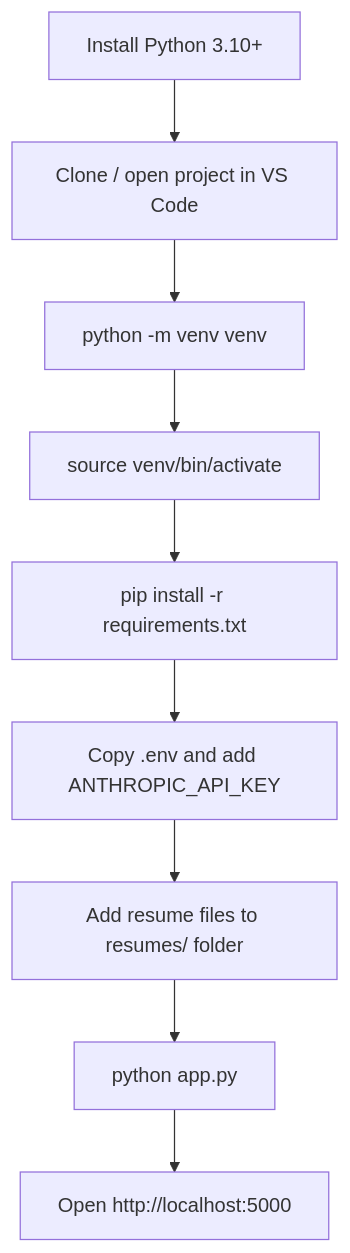
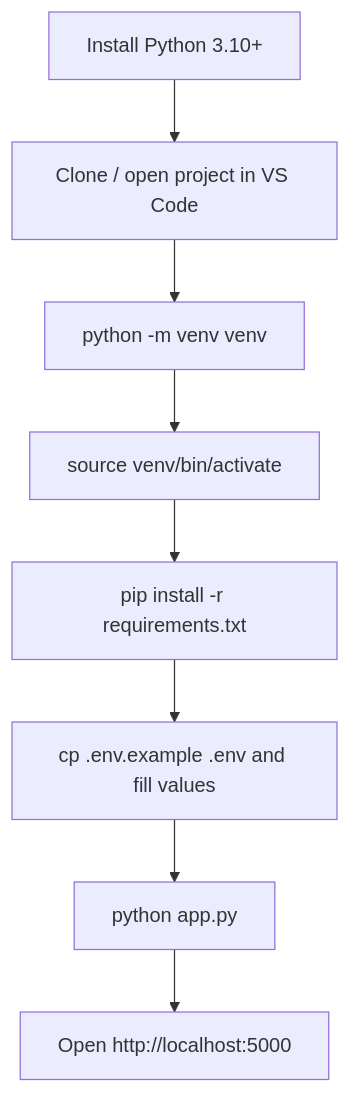
Before and after one commit to vangipuraputarunsailesh/jobpilot: diagram 12 of 13 in jobpilot/KNOWLEDGE_TRANSFER.md, drawn with Mermaid. The commit also changed other lines of this file and 9 other files, not shown here.

````diff
--- a/jobpilot/KNOWLEDGE_TRANSFER.md
+++ b/jobpilot/KNOWLEDGE_TRANSFER.md
@@ -705,11 +693,10 @@
 ```mermaid
 flowchart TD
     A[Install Python 3.10+] --> B[Clone / open project in VS Code]
     B --> C[python -m venv venv]
     C --> D[source venv/bin/activate]
     D --> E[pip install -r requirements.txt]
-    E --> F[Copy .env and add ANTHROPIC_API_KEY]
-    F --> G[Add resume files to resumes/ folder]
-    G --> H[python app.py]
-    H --> I[Open http://localhost:5000]
+    E --> F[cp .env.example .env and fill values]
+    F --> G[python app.py]
+    G --> H[Open http://localhost:5000]
 ```
````
